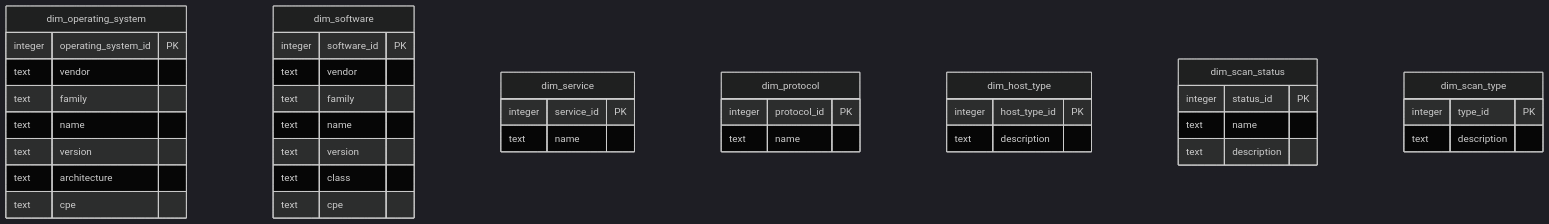
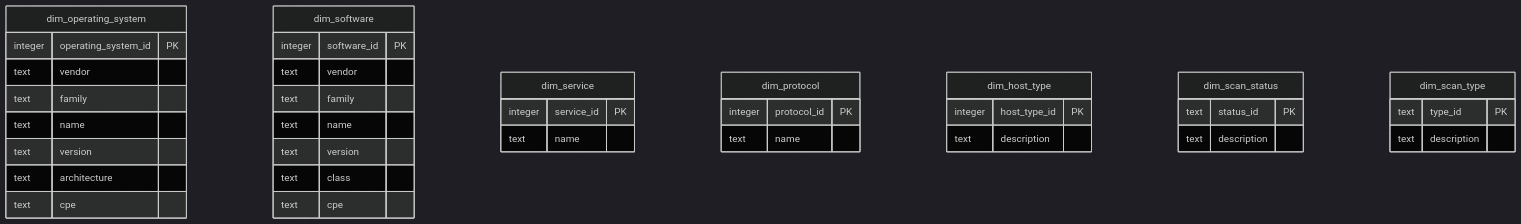
One commit to NullSpace-BitCradle/Rapid7_InsightVM_Console_Resources changed the tenth of 18 diagrams in RAPID7_INSIGHTVM_ERD.md. Above: the diagram before and after it, drawn with Mermaid (dark theme). The commit also changed other lines of this file and 24 other files, not shown here.

````diff
--- a/RAPID7_INSIGHTVM_ERD.md
+++ b/RAPID7_INSIGHTVM_ERD.md
@@ -398,48 +398,47 @@
 ```mermaid
 erDiagram
     dim_operating_system {
         integer operating_system_id PK
         text vendor
         text family
         text name
         text version
         text architecture
         text cpe
     }
     
     dim_software {
         integer software_id PK
         text vendor
         text family
         text name
         text version
         text class
         text cpe
     }
     
     dim_service {
         integer service_id PK
         text name
     }
     
     dim_protocol {
         integer protocol_id PK
         text name
     }
     
     dim_host_type {
         integer host_type_id PK
         text description
     }
     
     dim_scan_status {
-        integer status_id PK
-        text name
+        text status_id PK
         text description
     }
-    
+
     dim_scan_type {
-        integer type_id PK
+        text type_id PK
         text description
     }
 ```
````
